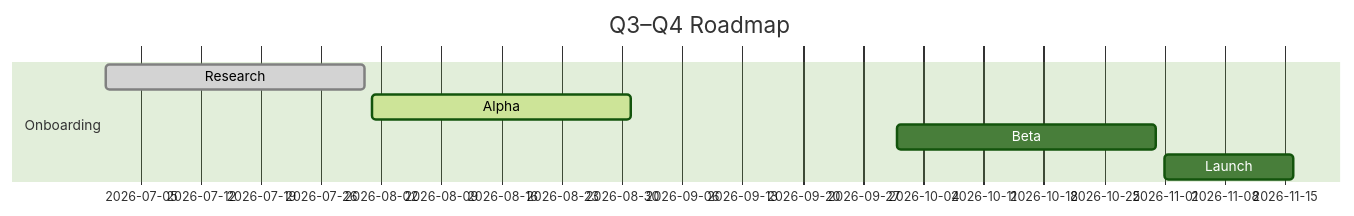
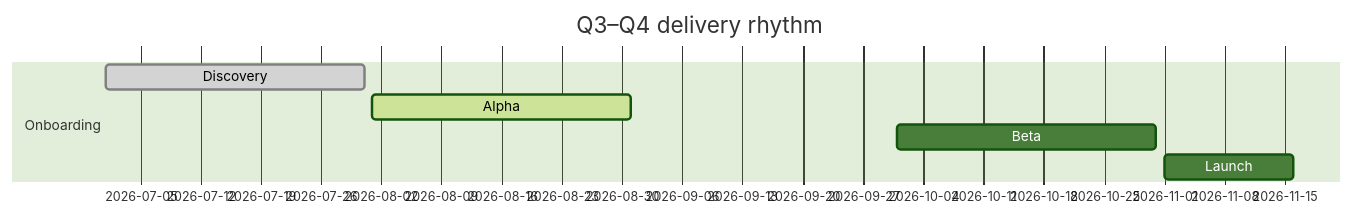
Before and after one commit to lamtquyen03/techcombank-product-engineering: the fourth of 4 diagrams in README.md, drawn with Mermaid (forest theme). The commit also changed other lines of this file and 6 other files, not shown here.

Commit message:
feat: enrich README with Techcombank product visuals and diagrams

````diff
--- a/README.md
+++ b/README.md
@@ -77,11 +115,10 @@
 ```mermaid
 gantt
-	title Q3–Q4 Roadmap
-	dateFormat  YYYY-MM-DD
-	section Onboarding
-	Research       :done, des1, 2026-07-01, 2026-07-31
-	Alpha          :active, des2, 2026-08-01, 30d
-	Beta           :des3, 2026-10-01, 30d
-	Launch         :des4, 2026-11-01, 15d
-
+  title Q3–Q4 delivery rhythm
+  dateFormat  YYYY-MM-DD
+  section Onboarding
+  Discovery      :done, a1, 2026-07-01, 2026-07-31
+  Alpha          :active, a2, 2026-08-01, 30d
+  Beta           :a3, 2026-10-01, 30d
+  Launch         :a4, 2026-11-01, 15d
 ```
````
